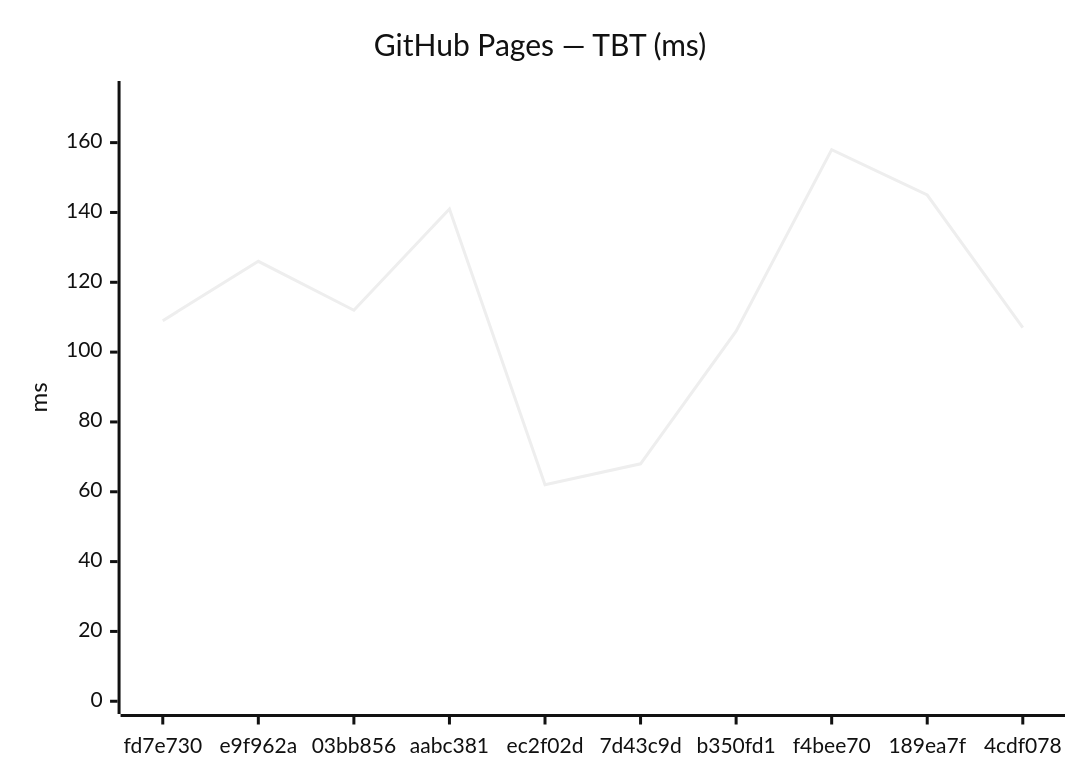
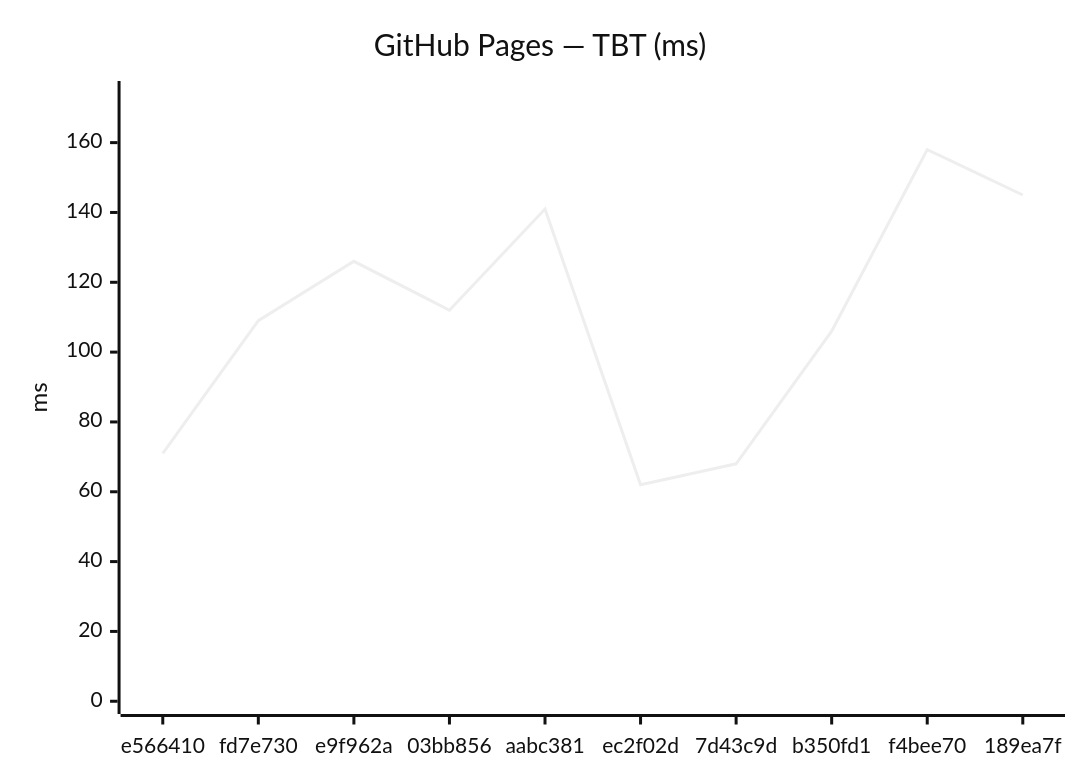
Before and after one commit to Metaheurist/Rianell: the fourth of 18 diagrams in benchmarks/compare.md, drawn with Mermaid (neutral theme). The commit also changed other lines of this file and 11 other files, not shown here.

````diff
--- a/benchmarks/compare.md
+++ b/benchmarks/compare.md
@@ -61,7 +61,7 @@
 ```mermaid
 xychart-beta
     title "GitHub Pages — TBT (ms)"
-    x-axis ["fd7e730", "e9f962a", "03bb856", "aabc381", "ec2f02d", "7d43c9d", "b350fd1", "f4bee70", "189ea7f", "4cdf078"]
+    x-axis ["e566410", "fd7e730", "e9f962a", "03bb856", "aabc381", "ec2f02d", "7d43c9d", "b350fd1", "f4bee70", "189ea7f"]
     y-axis "ms" 0 --> 174
-    line [109, 126, 112, 141, 62, 68, 106, 158, 145, 107]
+    line [71, 109, 126, 112, 141, 62, 68, 106, 158, 145]
 ```
````
